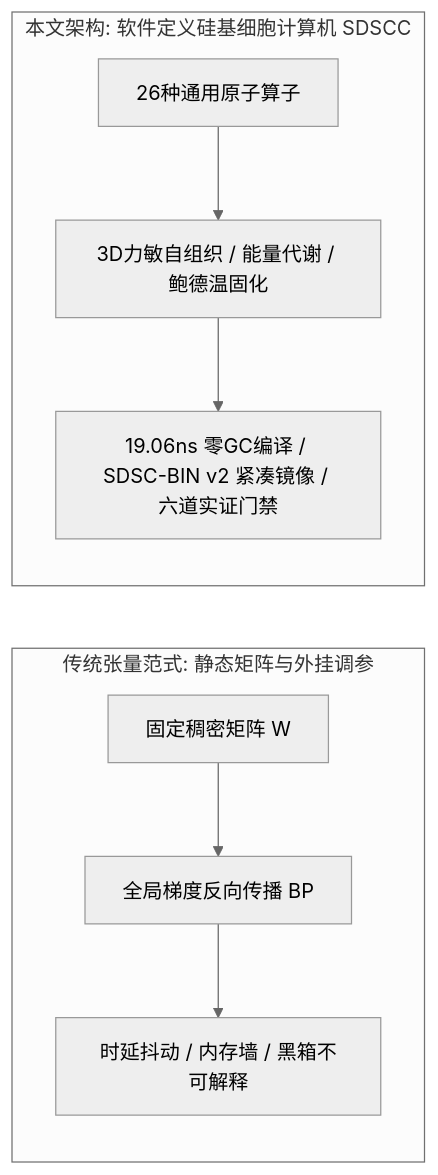
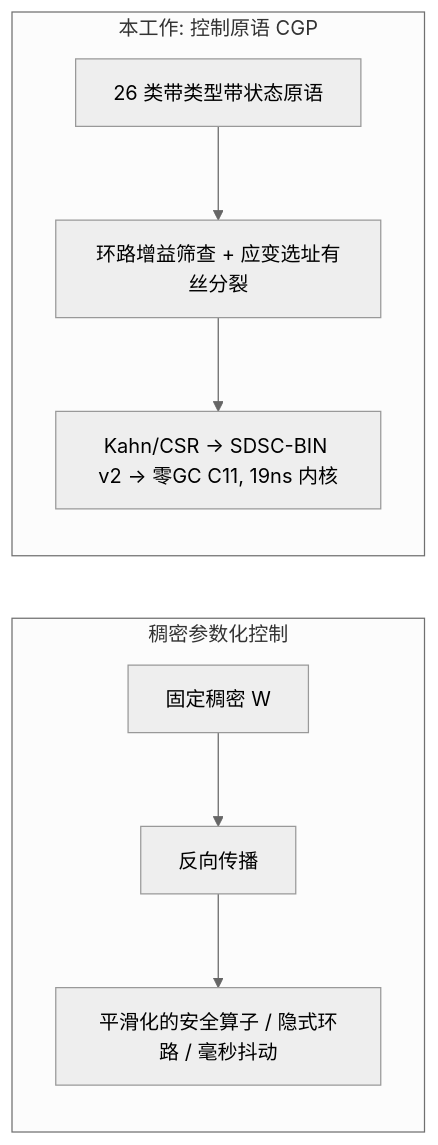
One commit to caixuf/kun-cellular changed the first of 2 diagrams in docs/morphogenetic_cellular_evolution_paper.zh.md. Above: the diagram before and after it, drawn with Mermaid (neutral theme). The commit also changed other lines of this file and 3 other files, not shown here.

````diff
--- a/docs/morphogenetic_cellular_evolution_paper.zh.md
+++ b/docs/morphogenetic_cellular_evolution_paper.zh.md
@@ -59,9 +73,9 @@
 ```mermaid
 graph LR
-    subgraph 传统张量范式: 静态矩阵与外挂调参
-      M1[固定稠密矩阵 W] --> M2[全局梯度反向传播 BP] --> M3[时延抖动 / 内存墙 / 黑箱不可解释]
+    subgraph 稠密参数化控制
+      M1[固定稠密 W] --> M2[反向传播] --> M3[平滑化的安全算子 / 隐式环路 / 毫秒抖动]
     end
-    subgraph 本文架构: 软件定义硅基细胞计算机 SDSCC
-      C1[26种通用原子算子] --> C2[3D力敏自组织 / 能量代谢 / 鲍德温固化] --> C3[19.06ns 零GC编译 / SDSC-BIN v2 紧凑镜像 / 六道实证门禁]
+    subgraph 本工作: 控制原语 CGP
+      C1[26 类带类型带状态原语] --> C2[环路增益筛查 + 应变选址有丝分裂] --> C3[Kahn/CSR -> SDSC-BIN v2 -> 零GC C11, 19ns 内核]
     end
 ```
````
